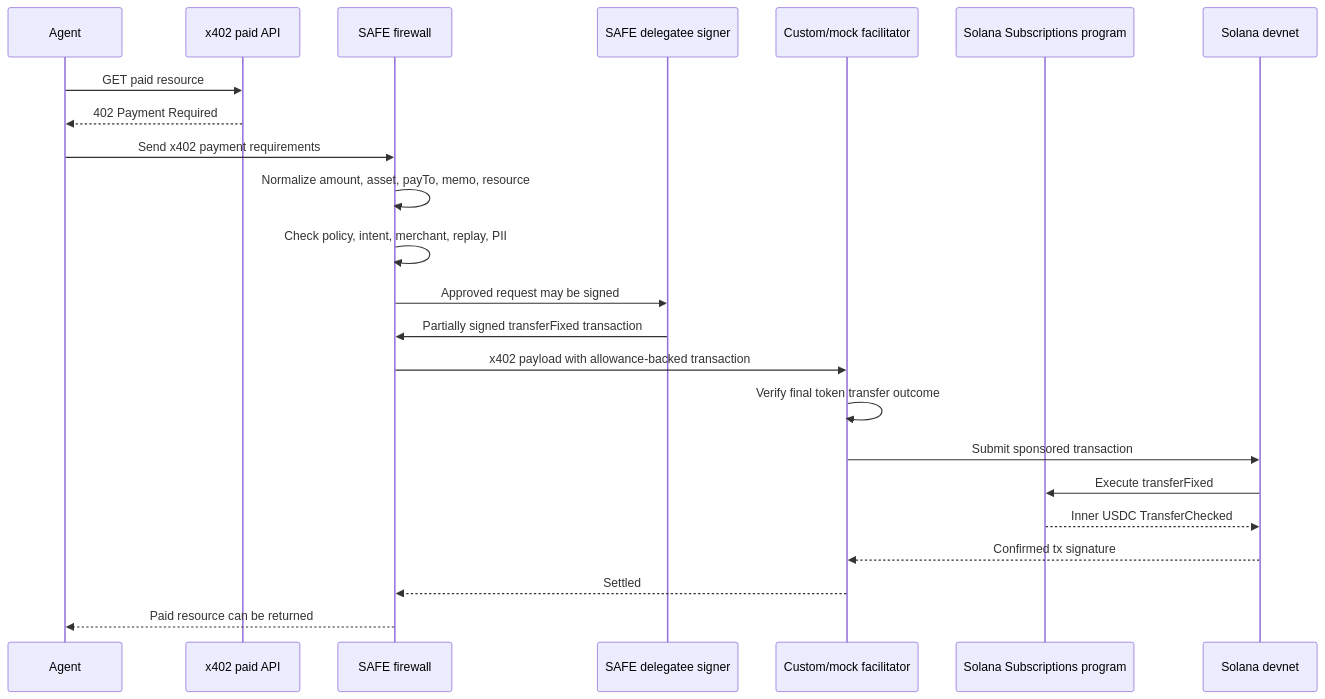
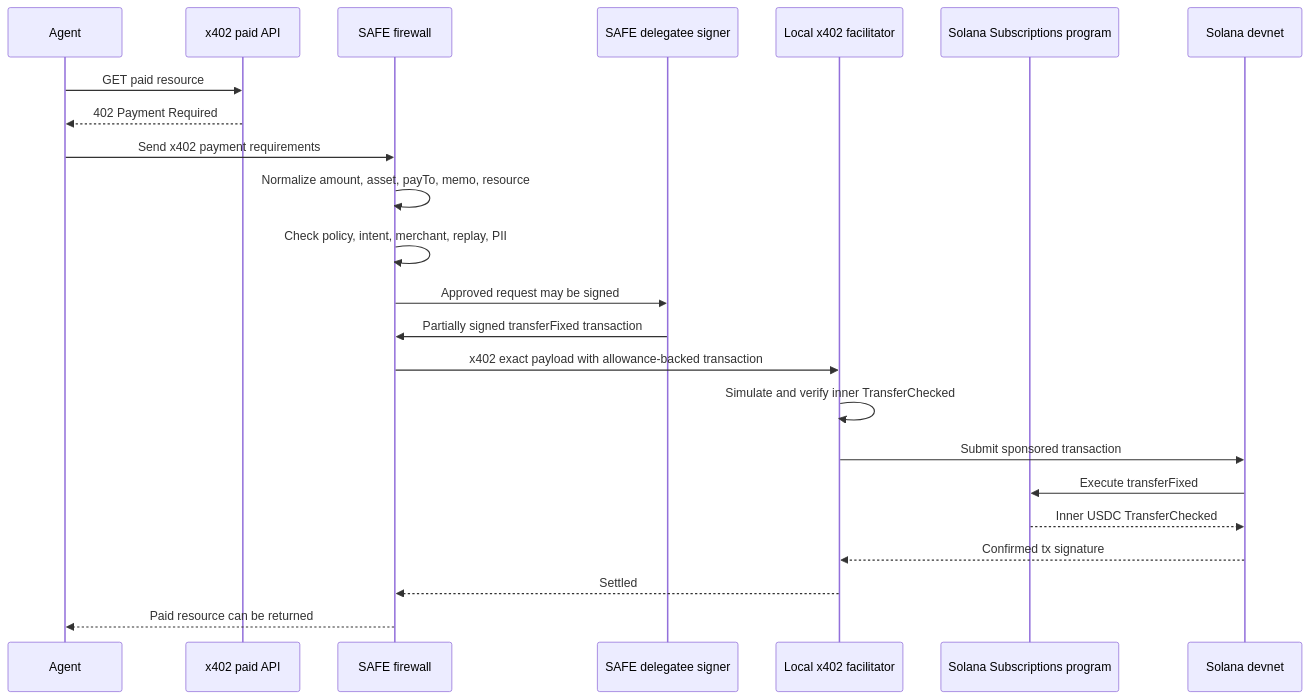
The fifth of 10 diagrams in architecture.md (Marcussy34/SAFE), drawn with Mermaid before and after one commit. The commit also changed other lines of this file and 27 other files, not shown here.

Commit message:
Update environment configuration, enhance documentation, and improve UI components for wallet-based allowance setup. Added local x402 facilitator support and refined payment flow diagrams. Adjusted styles for better visual consistency across the dashboard.

````diff
--- a/architecture.md
+++ b/architecture.md
@@ -169,26 +188,26 @@
 ```mermaid
 sequenceDiagram
   participant Agent as Agent
   participant API as x402 paid API
   participant SAFE as SAFE firewall
   participant Delegate as SAFE delegatee signer
-  participant Fac as Custom/mock facilitator
+  participant Fac as Local x402 facilitator
   participant Sub as Solana Subscriptions program
   participant Chain as Solana devnet
 
   Agent->>API: GET paid resource
   API-->>Agent: 402 Payment Required
   Agent->>SAFE: Send x402 payment requirements
   SAFE->>SAFE: Normalize amount, asset, payTo, memo, resource
   SAFE->>SAFE: Check policy, intent, merchant, replay, PII
   SAFE->>Delegate: Approved request may be signed
   Delegate->>SAFE: Partially signed transferFixed transaction
-  SAFE->>Fac: x402 payload with allowance-backed transaction
-  Fac->>Fac: Verify final token transfer outcome
+  SAFE->>Fac: x402 exact payload with allowance-backed transaction
+  Fac->>Fac: Simulate and verify inner TransferChecked
   Fac->>Chain: Submit sponsored transaction
   Chain->>Sub: Execute transferFixed
   Sub-->>Chain: Inner USDC TransferChecked
   Chain-->>Fac: Confirmed tx signature
   Fac-->>SAFE: Settled
   SAFE-->>Agent: Paid resource can be returned
 ```
````
